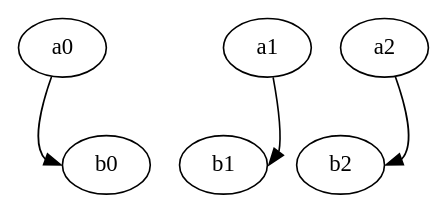
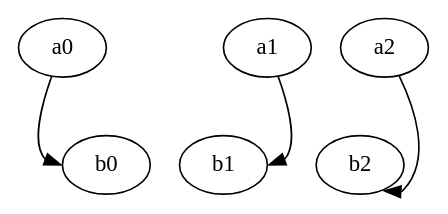
The eighth of 11 diagrams in other/graphviz.md (sisyphus1212/note), drawn with Graphviz before and after one commit.

Commit message:
auto_update

````diff
--- a/other/graphviz.md
+++ b/other/graphviz.md
@@ -99,7 +99,7 @@
 ```graphviz
 digraph G {
     a0 -> b0:w;
     a1 -> b1:e;
-    a2 -> b2:e;
+    a2 -> b2:se;
 }
 ```
````
